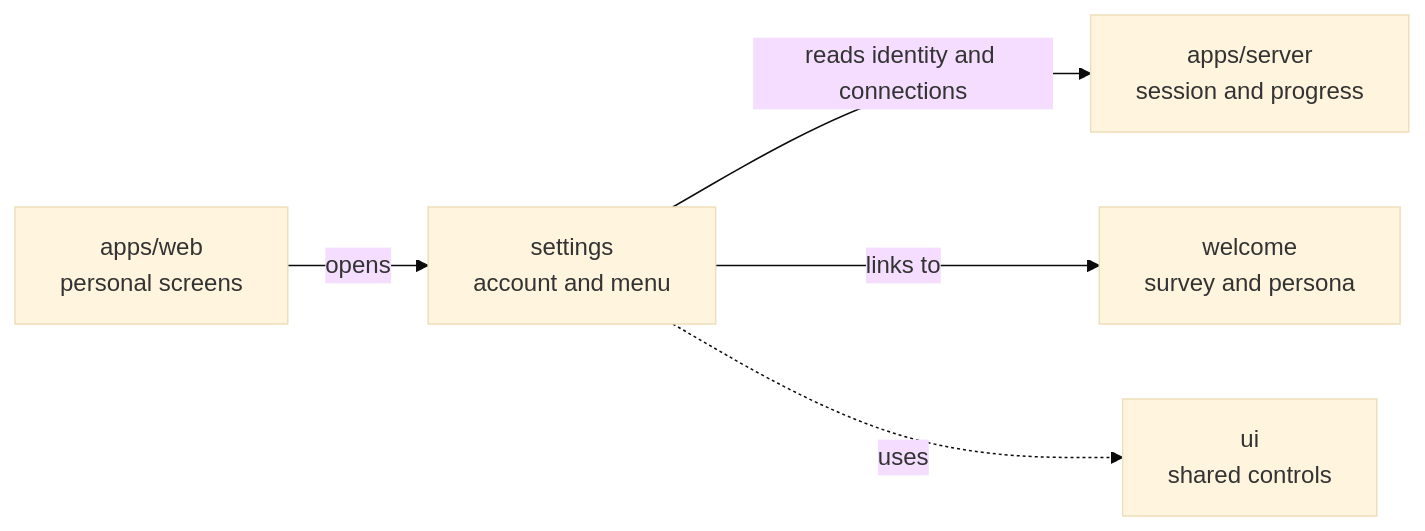
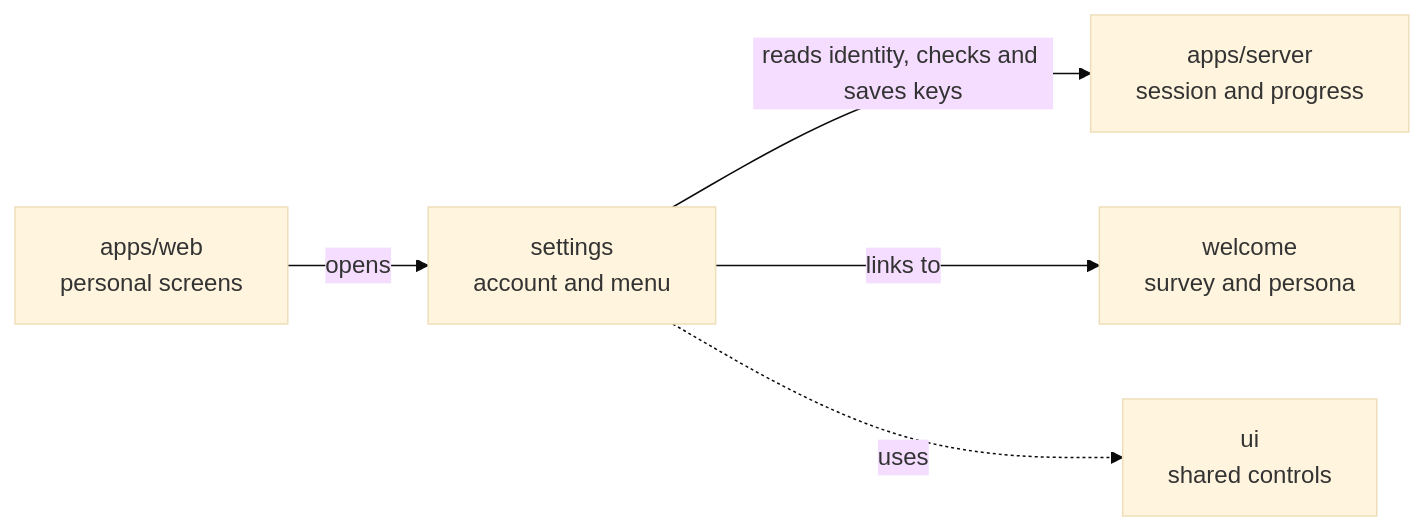
Before and after one commit to elewa-git/opencrane-new: the diagram in apps/web/src/app/settings/README.md, drawn with Mermaid (base theme). The commit also changed other lines of this file and 157 other files, not shown here.

````diff
--- a/apps/web/src/app/settings/README.md
+++ b/apps/web/src/app/settings/README.md
@@ -14,7 +14,7 @@
 ```mermaid
 flowchart LR
   web["apps/web<br/>personal screens"] -->|opens| settings["settings<br/>account and menu"]
-  settings -->|reads identity and connections| server["apps/server<br/>session and progress"]
+  settings -->|reads identity, checks and saves keys| server["apps/server<br/>session and progress"]
   settings -->|links to| welcome["welcome<br/>survey and persona"]
   settings -.->|uses| ui["ui<br/>shared controls"]
 ```
````
